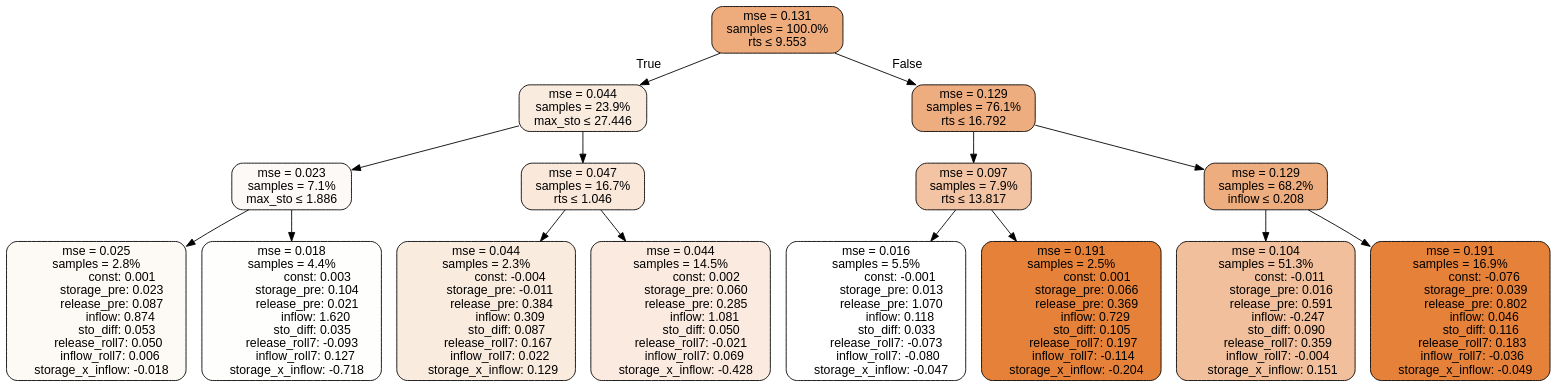
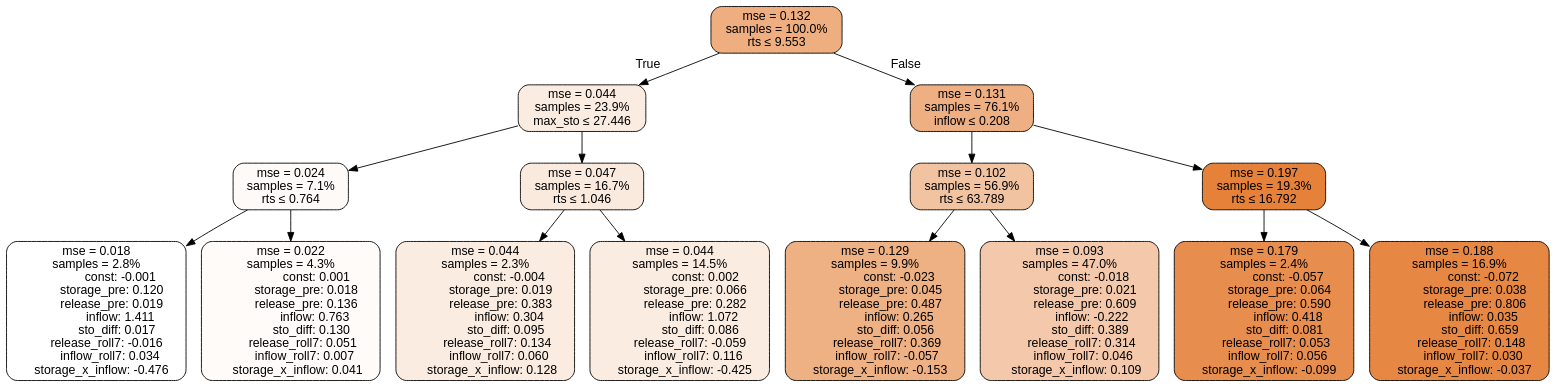
The diagram in results/tclr_model_drop_res_sto_diff/all/TD3_RT_MS_exhaustive/tree.dot (lcford2/predict-release), drawn with Graphviz before and after one commit. The commit also changed 13 other files, not shown here.

```diff
--- a/results/tclr_model_drop_res_sto_diff/all/TD3_RT_MS_exhaustive/tree.dot
+++ b/results/tclr_model_drop_res_sto_diff/all/TD3_RT_MS_exhaustive/tree.dot
@@ -1,121 +1,121 @@
 digraph tree {
 bgcolor="transparent"
 node [shape=rectangle, style="filled, rounded", color="black", fontname=helvetica] ;
 edge [fontname=helvetica] ;
-	"0" [label="mse = 0.131
+	"0" [label="mse = 0.132
 samples = 100.0%
-rts &le; 9.553", fillcolor="#eeac7d"]
+rts &le; 9.553", fillcolor="#eeae80"]
 	"1" [label="mse = 0.044
 samples = 23.9%
-max_sto &le; 27.446", fillcolor="#faebdf"]
-	"2" [label="mse = 0.023
+max_sto &le; 27.446", fillcolor="#fbece1"]
+	"2" [label="mse = 0.024
 samples = 7.1%
-max_sto &le; 1.886", fillcolor="#fdf9f7"]
-	"3" [label="mse = 0.025
+rts &le; 0.764", fillcolor="#fefaf8"]
+	"3" [label="mse = 0.018
 samples = 2.8%
+               const: -0.001
+          storage_pre: 0.120
+          release_pre: 0.019
+               inflow: 1.411
+             sto_diff: 0.017
+       release_roll7: -0.016
+         inflow_roll7: 0.034
+    storage_x_inflow: -0.476", fillcolor="#ffffff"]
+	"4" [label="mse = 0.022
+samples = 4.3%
                 const: 0.001
-          storage_pre: 0.023
-          release_pre: 0.087
-               inflow: 0.874
-             sto_diff: 0.053
-        release_roll7: 0.050
-         inflow_roll7: 0.006
-    storage_x_inflow: -0.018", fillcolor="#fdf9f5"]
-	"4" [label="mse = 0.018
-samples = 4.4%
-                const: 0.003
-          storage_pre: 0.104
-          release_pre: 0.021
-               inflow: 1.620
-             sto_diff: 0.035
-       release_roll7: -0.093
-         inflow_roll7: 0.127
-    storage_x_inflow: -0.718", fillcolor="#fefefd"]
+          storage_pre: 0.018
+          release_pre: 0.136
+               inflow: 0.763
+             sto_diff: 0.130
+        release_roll7: 0.051
+         inflow_roll7: 0.007
+     storage_x_inflow: 0.041", fillcolor="#fefbf9"]
 	"5" [label="mse = 0.047
 samples = 16.7%
-rts &le; 1.046", fillcolor="#fae8db"]
+rts &le; 1.046", fillcolor="#faeade"]
 	"6" [label="mse = 0.044
 samples = 2.3%
                const: -0.004
-         storage_pre: -0.011
-          release_pre: 0.384
-               inflow: 0.309
-             sto_diff: 0.087
-        release_roll7: 0.167
-         inflow_roll7: 0.022
-     storage_x_inflow: 0.129", fillcolor="#faebdf"]
+          storage_pre: 0.019
+          release_pre: 0.383
+               inflow: 0.304
+             sto_diff: 0.095
+        release_roll7: 0.134
+         inflow_roll7: 0.060
+     storage_x_inflow: 0.128", fillcolor="#fbece1"]
 	"7" [label="mse = 0.044
 samples = 14.5%
                 const: 0.002
-          storage_pre: 0.060
-          release_pre: 0.285
-               inflow: 1.081
-             sto_diff: 0.050
-       release_roll7: -0.021
-         inflow_roll7: 0.069
-    storage_x_inflow: -0.428", fillcolor="#faeadf"]
-	"8" [label="mse = 0.129
+          storage_pre: 0.066
+          release_pre: 0.282
+               inflow: 1.072
+             sto_diff: 0.086
+       release_roll7: -0.059
+         inflow_roll7: 0.116
+    storage_x_inflow: -0.425", fillcolor="#fbece1"]
+	"8" [label="mse = 0.131
 samples = 76.1%
-rts &le; 16.792", fillcolor="#eead7f"]
-	"9" [label="mse = 0.097
-samples = 7.9%
-rts &le; 13.817", fillcolor="#f2c4a3"]
-	"10" [label="mse = 0.016
-samples = 5.5%
-               const: -0.001
-          storage_pre: 0.013
-          release_pre: 1.070
-               inflow: 0.118
-             sto_diff: 0.033
-       release_roll7: -0.073
-        inflow_roll7: -0.080
-    storage_x_inflow: -0.047", fillcolor="#ffffff"]
-	"11" [label="mse = 0.191
-samples = 2.5%
-                const: 0.001
-          storage_pre: 0.066
-          release_pre: 0.369
-               inflow: 0.729
-             sto_diff: 0.105
-        release_roll7: 0.197
-        inflow_roll7: -0.114
-    storage_x_inflow: -0.204", fillcolor="#e58139"]
-	"12" [label="mse = 0.129
-samples = 68.2%
-inflow &le; 0.208", fillcolor="#eead7f"]
-	"13" [label="mse = 0.104
-samples = 51.3%
-               const: -0.011
-          storage_pre: 0.016
-          release_pre: 0.591
-              inflow: -0.247
-             sto_diff: 0.090
-        release_roll7: 0.359
-        inflow_roll7: -0.004
-     storage_x_inflow: 0.151", fillcolor="#f1bf9b"]
-	"14" [label="mse = 0.191
+inflow &le; 0.208", fillcolor="#eeaf82"]
+	"9" [label="mse = 0.102
+samples = 56.9%
+rts &le; 63.789", fillcolor="#f2c3a1"]
+	"10" [label="mse = 0.129
+samples = 9.9%
+               const: -0.023
+          storage_pre: 0.045
+          release_pre: 0.487
+               inflow: 0.265
+             sto_diff: 0.056
+        release_roll7: 0.369
+        inflow_roll7: -0.057
+    storage_x_inflow: -0.153", fillcolor="#eeb184"]
+	"11" [label="mse = 0.093
+samples = 47.0%
+               const: -0.018
+          storage_pre: 0.021
+          release_pre: 0.609
+              inflow: -0.222
+             sto_diff: 0.389
+        release_roll7: 0.314
+         inflow_roll7: 0.046
+     storage_x_inflow: 0.109", fillcolor="#f4c9ab"]
+	"12" [label="mse = 0.197
+samples = 19.3%
+rts &le; 16.792", fillcolor="#e58139"]
+	"13" [label="mse = 0.179
+samples = 2.4%
+               const: -0.057
+          storage_pre: 0.064
+          release_pre: 0.590
+               inflow: 0.418
+             sto_diff: 0.081
+        release_roll7: 0.053
+         inflow_roll7: 0.056
+    storage_x_inflow: -0.099", fillcolor="#e78d4d"]
+	"14" [label="mse = 0.188
 samples = 16.9%
-               const: -0.076
-          storage_pre: 0.039
-          release_pre: 0.802
-               inflow: 0.046
-             sto_diff: 0.116
-        release_roll7: 0.183
-        inflow_roll7: -0.036
-    storage_x_inflow: -0.049", fillcolor="#e58139"]
+               const: -0.072
+          storage_pre: 0.038
+          release_pre: 0.806
+               inflow: 0.035
+             sto_diff: 0.659
+        release_roll7: 0.148
+         inflow_roll7: 0.030
+    storage_x_inflow: -0.037", fillcolor="#e68743"]
 
 	"0" -> "1" [labeldistance=2.5, labelangle=45, headlabel="True"]
 	"1" -> "2"
 	"2" -> "3"
 	"2" -> "4"
 	"1" -> "5"
 	"5" -> "6"
 	"5" -> "7"
 	"0" -> "8" [labeldistance=2.5, labelangle=-45, headlabel="False"]
 	"8" -> "9"
 	"9" -> "10"
 	"9" -> "11"
 	"8" -> "12"
 	"12" -> "13"
 	"12" -> "14"
 }
```
